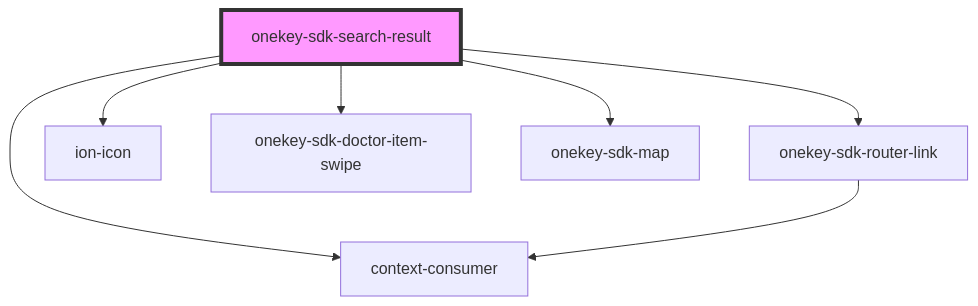
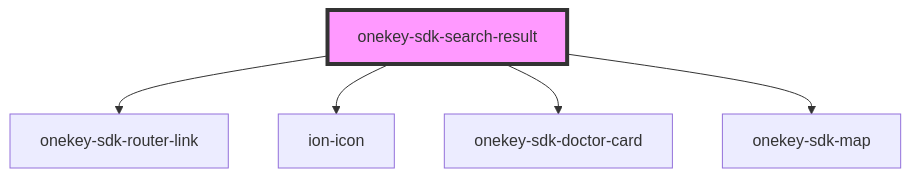
The diagram in docs/components/screens/onekey-sdk-search-result/readme.md (hcl-sdk/HealthCareLocatorWebSDK), drawn with Mermaid before and after one commit. The commit also changed other lines of this file and 181 other files, not shown here.

````diff
--- a/docs/components/screens/onekey-sdk-search-result/readme.md
+++ b/docs/components/screens/onekey-sdk-search-result/readme.md
@@ -27,10 +18,8 @@
 ```mermaid
 graph TD;
   onekey-sdk-search-result --> onekey-sdk-router-link
   onekey-sdk-search-result --> ion-icon
-  onekey-sdk-search-result --> onekey-sdk-doctor-item-swipe
+  onekey-sdk-search-result --> onekey-sdk-doctor-card
   onekey-sdk-search-result --> onekey-sdk-map
-  onekey-sdk-search-result --> context-consumer
-  onekey-sdk-router-link --> context-consumer
   style onekey-sdk-search-result fill:#f9f,stroke:#333,stroke-width:4px
 ```
````
